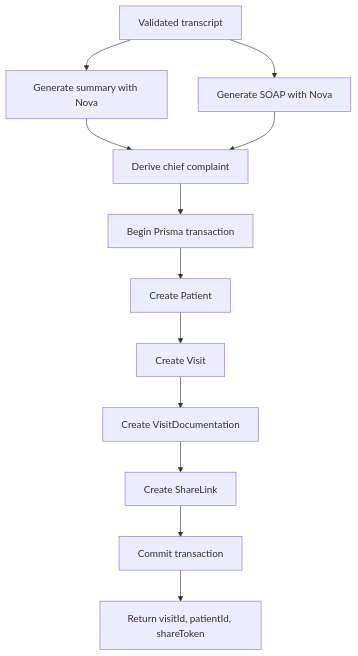
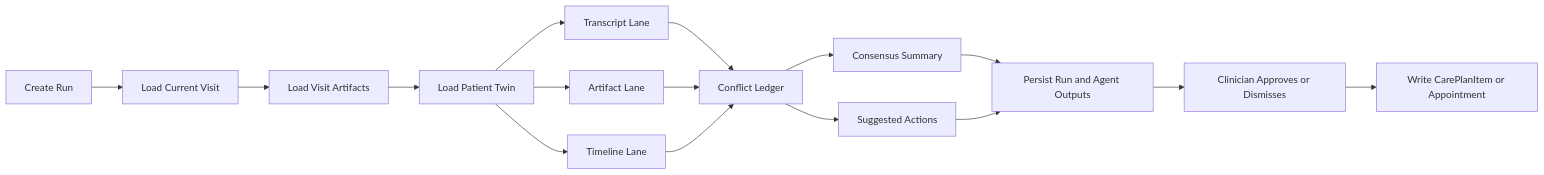
Before and after one commit to Manoj7ar/Synth-Hackathon: the second of 3 diagrams in AWS_AMAZON_NOVA_INTEGRATION_DEEP_DIVE.md, drawn with Mermaid. The commit also changed other lines of this file and 20 other files, not shown here.

Commit message:
Add patient twin and evidence lab workflows

````diff
--- a/AWS_AMAZON_NOVA_INTEGRATION_DEEP_DIVE.md
+++ b/AWS_AMAZON_NOVA_INTEGRATION_DEEP_DIVE.md
@@ -757,14 +435,18 @@
 ```mermaid
-flowchart TD
-  A[Validated transcript] --> B[Generate summary with Nova]
-  A --> C[Generate SOAP with Nova]
-  B --> D[Derive chief complaint]
-  C --> D
-  D --> E[Begin Prisma transaction]
-  E --> F[Create Patient]
-  F --> G[Create Visit]
-  G --> H[Create VisitDocumentation]
-  H --> I[Create ShareLink]
-  I --> J[Commit transaction]
-  J --> K[Return visitId, patientId, shareToken]
+flowchart LR
+  A[Create Run] --> B[Load Current Visit]
+  B --> C[Load Visit Artifacts]
+  C --> D[Load Patient Twin]
+  D --> E[Transcript Lane]
+  D --> F[Artifact Lane]
+  D --> G[Timeline Lane]
+  E --> H[Conflict Ledger]
+  F --> H
+  G --> H
+  H --> I[Suggested Actions]
+  H --> J[Consensus Summary]
+  J --> K[Persist Run and Agent Outputs]
+  I --> K
+  K --> L[Clinician Approves or Dismisses]
+  L --> M[Write CarePlanItem or Appointment]
 ```
````
